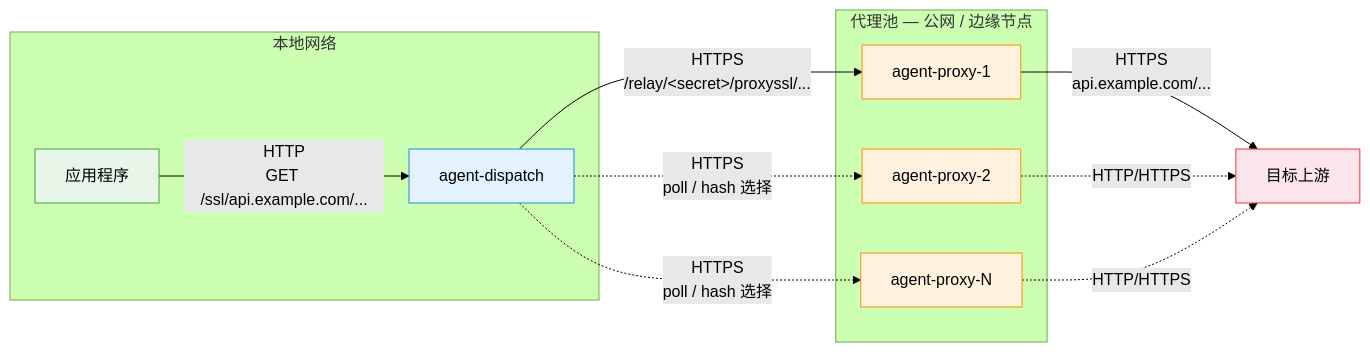
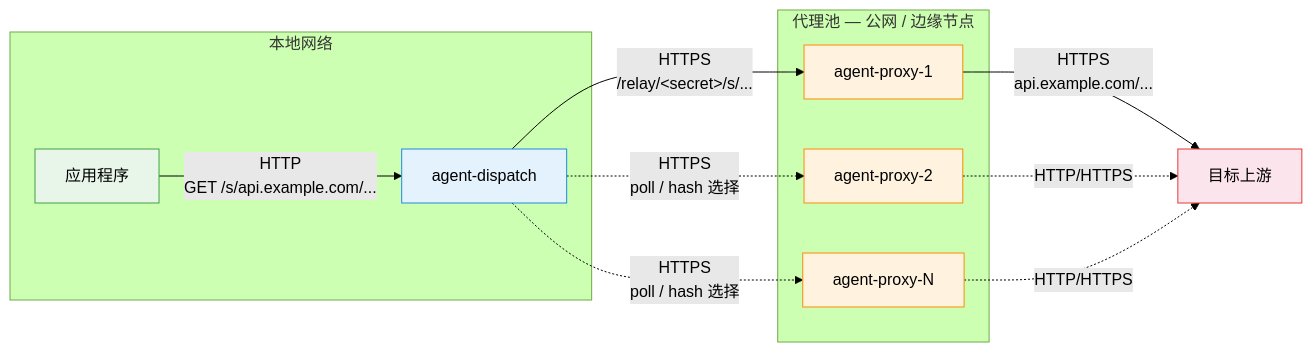
One commit to nulluna/agent-dispatch changed the diagram in README.md. Above: the diagram before and after it, drawn with Mermaid (forest theme). The commit also changed other lines of this file and 3 other files, not shown here.

````diff
--- a/README.md
+++ b/README.md
@@ -9,30 +9,30 @@
 ```mermaid
 graph LR
     subgraph local["本地网络"]
         App[应用程序]
         AD[agent-dispatch]
     end
 
     subgraph pool["代理池 — 公网 / 边缘节点"]
         AP1[agent-proxy-1]
         AP2[agent-proxy-2]
         AP3[agent-proxy-N]
     end
 
     Upstream[目标上游]
 
-    App -- "HTTP<br/>GET /ssl/api.example.com/..." --> AD
-    AD -- "HTTPS<br/>/relay/&lt;secret&gt;/proxyssl/..." --> AP1
+    App -- "HTTP<br/>GET /s/api.example.com/..." --> AD
+    AD -- "HTTPS<br/>/relay/&lt;secret&gt;/s/..." --> AP1
     AD -. "HTTPS<br/>poll / hash 选择" .-> AP2
     AD -. "HTTPS<br/>poll / hash 选择" .-> AP3
     AP1 -- "HTTPS<br/>api.example.com/..." --> Upstream
     AP2 -. "HTTP/HTTPS" .-> Upstream
     AP3 -. "HTTP/HTTPS" .-> Upstream
 
     style App fill:#e8f5e9,stroke:#43a047
     style AD fill:#e3f2fd,stroke:#1e88e5
     style AP1 fill:#fff3e0,stroke:#fb8c00
     style AP2 fill:#fff3e0,stroke:#fb8c00
     style AP3 fill:#fff3e0,stroke:#fb8c00
     style Upstream fill:#fce4ec,stroke:#e53935
 ```
````
